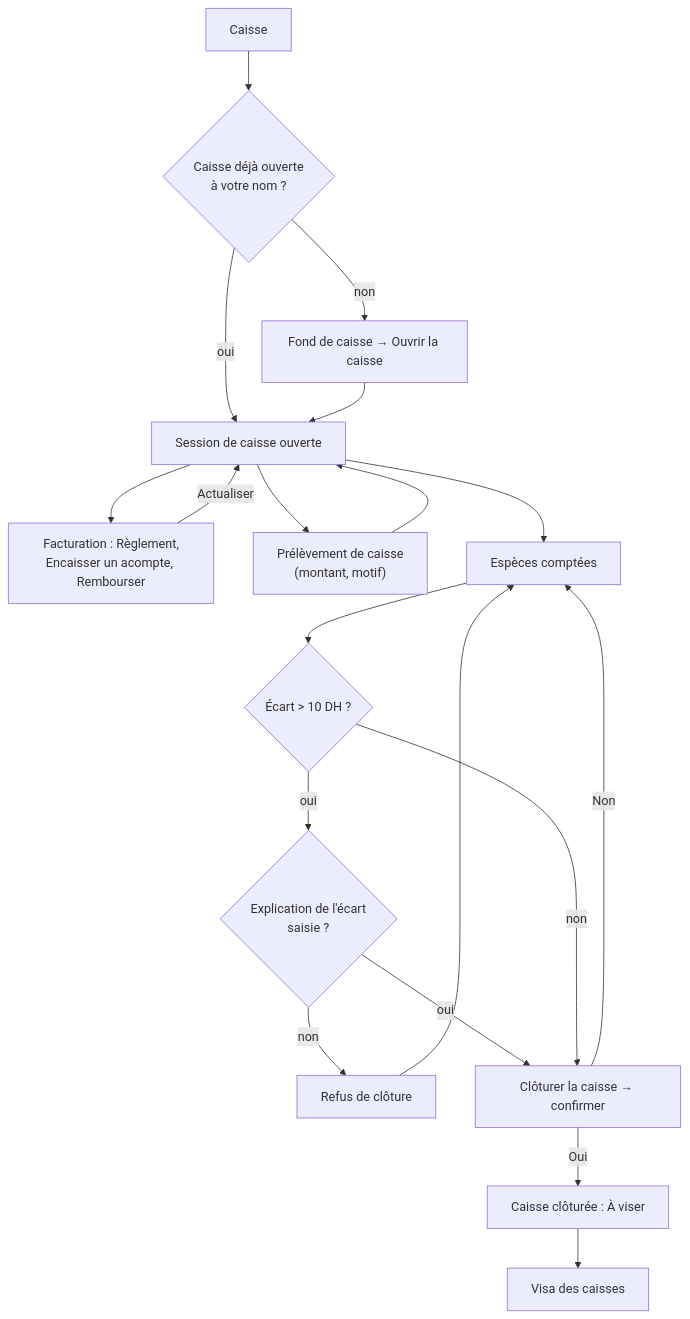
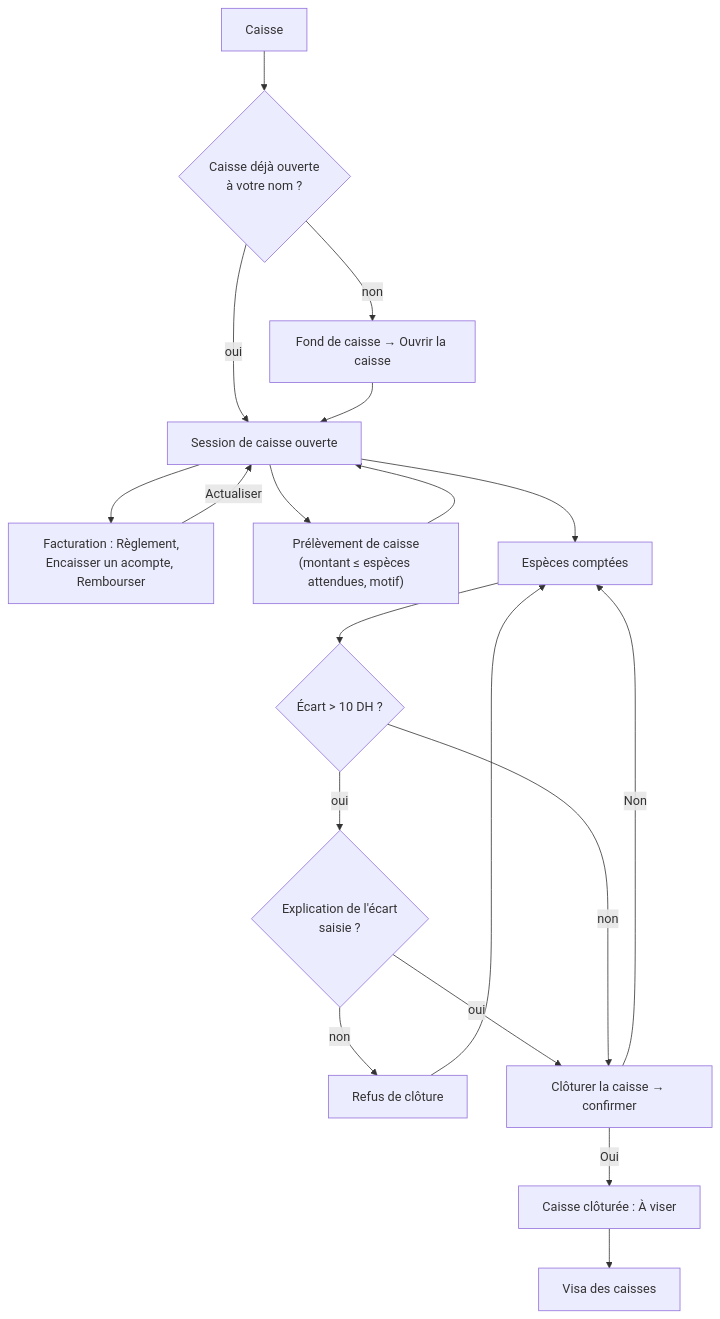
One commit to J4dJad/MarocLis changed the sixth of 9 diagrams in docs/manuel/04-facturation.md. Above: the diagram before and after it, drawn with Mermaid. The commit also changed other lines of this file and 5 other files, not shown here.

````diff
--- a/docs/manuel/04-facturation.md
+++ b/docs/manuel/04-facturation.md
@@ -407,20 +485,20 @@
 ```mermaid
 flowchart TD
     A["Caisse"] --> B{"Caisse déjà ouverte<br/>à votre nom ?"}
     B -->|non| C["Fond de caisse → Ouvrir la caisse"]
     B -->|oui| D
     C --> D["Session de caisse ouverte"]
     D --> E["Facturation : Règlement,<br/>Encaisser un acompte, Rembourser"]
     E -->|"Actualiser"| D
-    D --> F["Prélèvement de caisse<br/>(montant, motif)"]
+    D --> F["Prélèvement de caisse<br/>(montant ≤ espèces attendues, motif)"]
     F --> D
     D --> G["Espèces comptées"]
     G --> H{"Écart > 10 DH ?"}
     H -->|oui| I{"Explication de l'écart<br/>saisie ?"}
     I -->|non| X["Refus de clôture"] --> G
     I -->|oui| J
     H -->|non| J["Clôturer la caisse → confirmer"]
     J -->|Non| G
     J -->|Oui| K["Caisse clôturée : À viser"]
     K --> L["Visa des caisses"]
 ```
````
